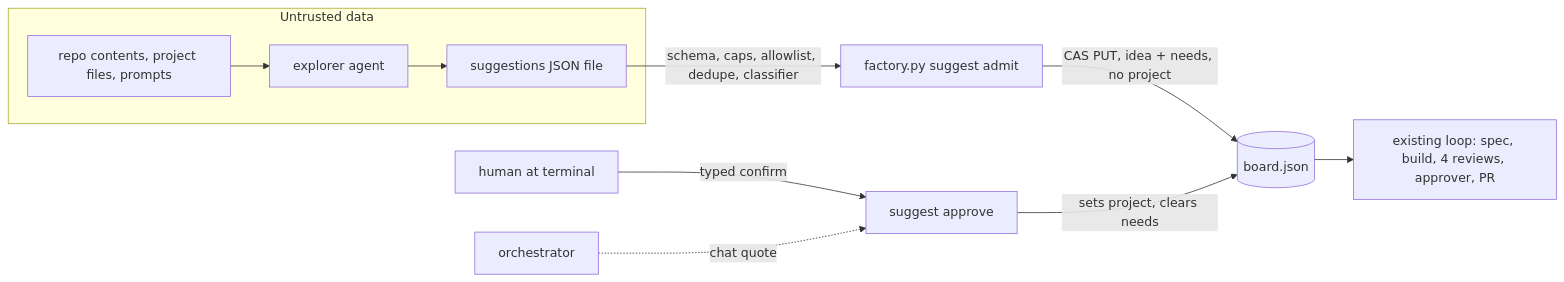
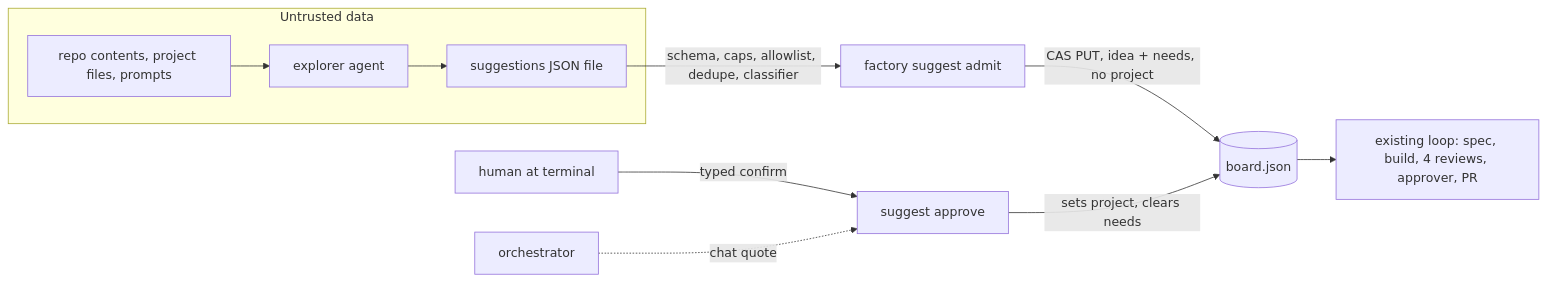
The second of 5 diagrams in docs/autonomy.md (superhussain/factory), drawn with Mermaid before and after one commit. The commit also changed other lines of this file and 16 other files, not shown here.

````diff
--- a/docs/autonomy.md
+++ b/docs/autonomy.md
@@ -132,13 +132,13 @@
 ```mermaid
 flowchart LR
   subgraph Untrusted data
     R[repo contents, project files, prompts] --> X[explorer agent]
     X --> F[suggestions JSON file]
   end
-  F -->|schema, caps, allowlist, dedupe, classifier| A[factory.py suggest admit]
+  F -->|schema, caps, allowlist, dedupe, classifier| A[factory suggest admit]
   A -->|CAS PUT, idea + needs, no project| B[(board.json)]
   H[human at terminal] -->|typed confirm| P[suggest approve]
   O[orchestrator] -.->|chat quote| P
   P -->|sets project, clears needs| B
   B --> L[existing loop: spec, build, 4 reviews, approver, PR]
 ```
````
